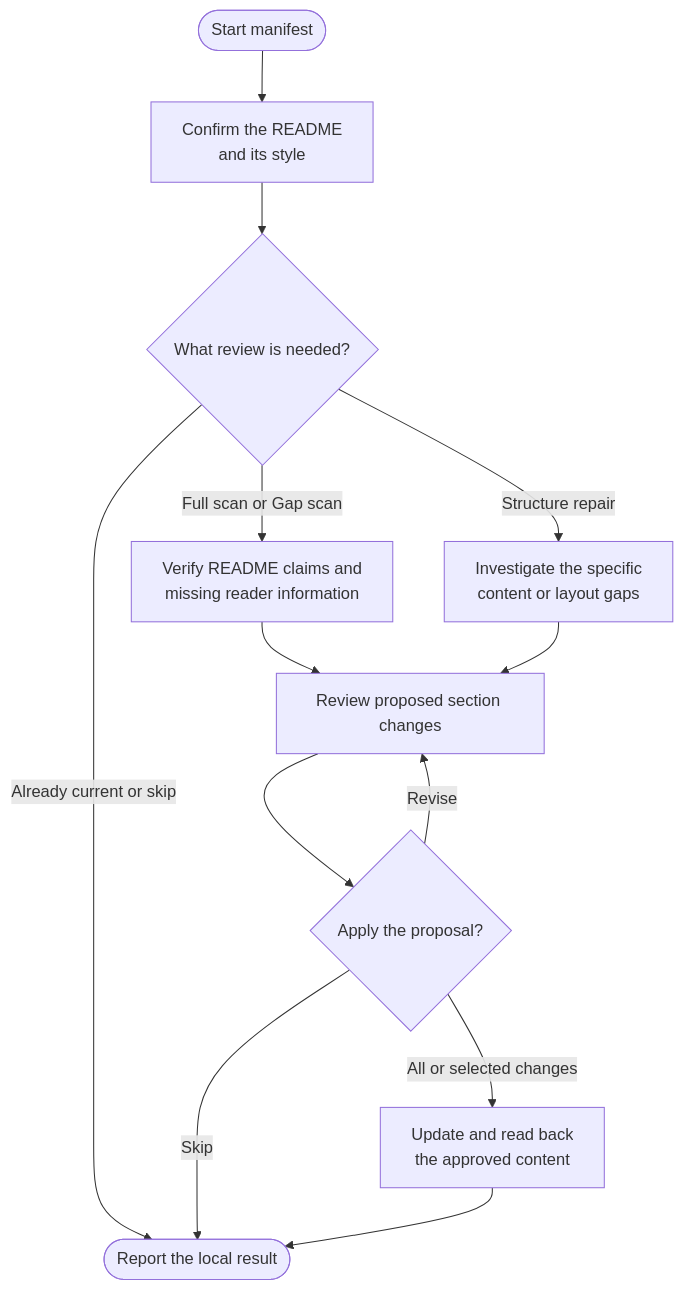
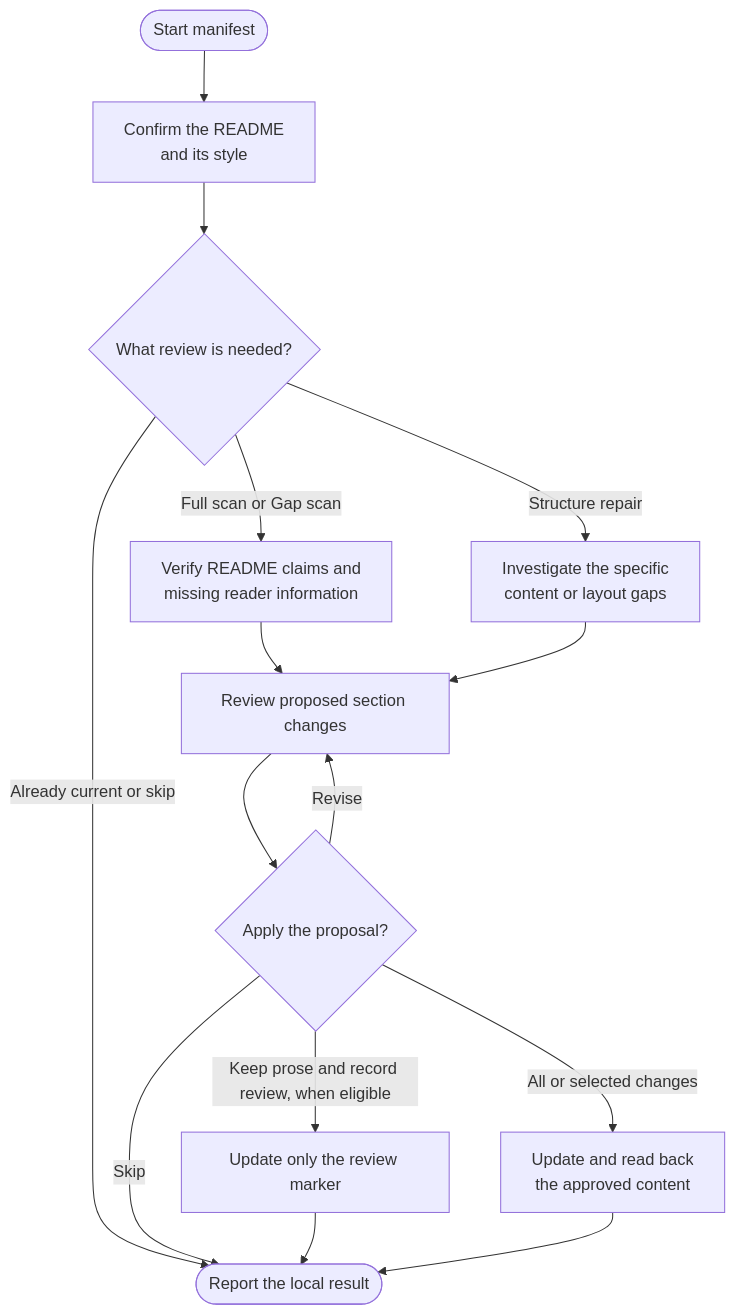
Before and after one commit to myowinthein/agent-helm: the diagram in docs/commands/manifest.md, drawn with Mermaid. The commit also changed other lines of this file and 1 other file, not shown here.

Commit message:
fix(manifest): allow review markers after optional edits declined

````diff
--- a/docs/commands/manifest.md
+++ b/docs/commands/manifest.md
@@ -23,15 +23,17 @@
 ```mermaid
 flowchart TD
   Start(["Start manifest"]) --> Target["Confirm the README<br/>and its style"]
   Target --> Scope{"What review is needed?"}
   Scope -->|Already current or skip| Finish(["Report the local result"])
   Scope -->|Full scan or Gap scan| Scan["Verify README claims and<br/>missing reader information"]
   Scope -->|Structure repair| Repair["Investigate the specific<br/>content or layout gaps"]
   Scan --> Review["Review proposed section changes"]
   Repair --> Review
   Review --> Choice{"Apply the proposal?"}
   Choice -->|Revise| Review
   Choice -->|Skip| Finish
+  Choice -->|Keep prose and record review, when eligible| Marker["Update only the review marker"]
+  Marker --> Finish
   Choice -->|All or selected changes| Write["Update and read back<br/>the approved content"]
   Write --> Finish
 ```
````
